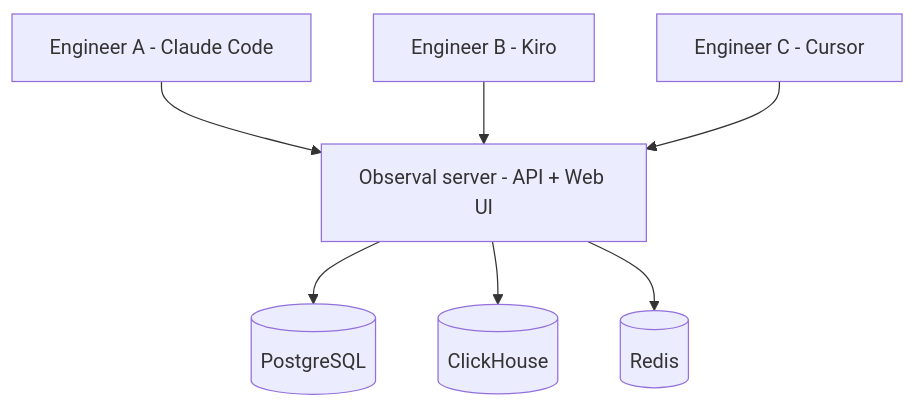
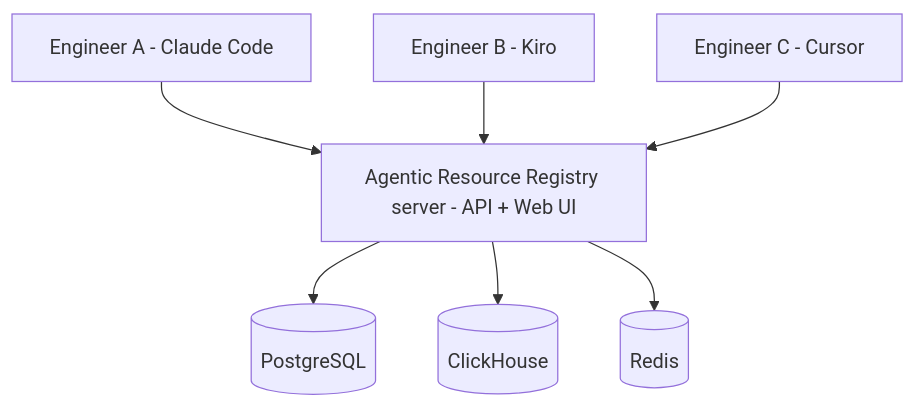
Before and after one commit to AgenticResourceRegistry/AgenticResourceRegistry: the diagram in docs/use-cases/team-registry.md, drawn with Mermaid. The commit also changed other lines of this file and 111 other files, not shown here.

````diff
--- a/docs/use-cases/team-registry.md
+++ b/docs/use-cases/team-registry.md
@@ -23,17 +23,17 @@
 ```mermaid
 flowchart TB
-    server["Observal server - API + Web UI"]
+    server["Agentic Resource Registry server - API + Web UI"]
     db[(PostgreSQL)]
     ch[(ClickHouse)]
     redis[(Redis)]
     a["Engineer A - Claude Code"]
     b["Engineer B - Kiro"]
     c["Engineer C - Cursor"]
 
     server --> db
     server --> ch
     server --> redis
     a --> server
     b --> server
     c --> server
 ```
````
